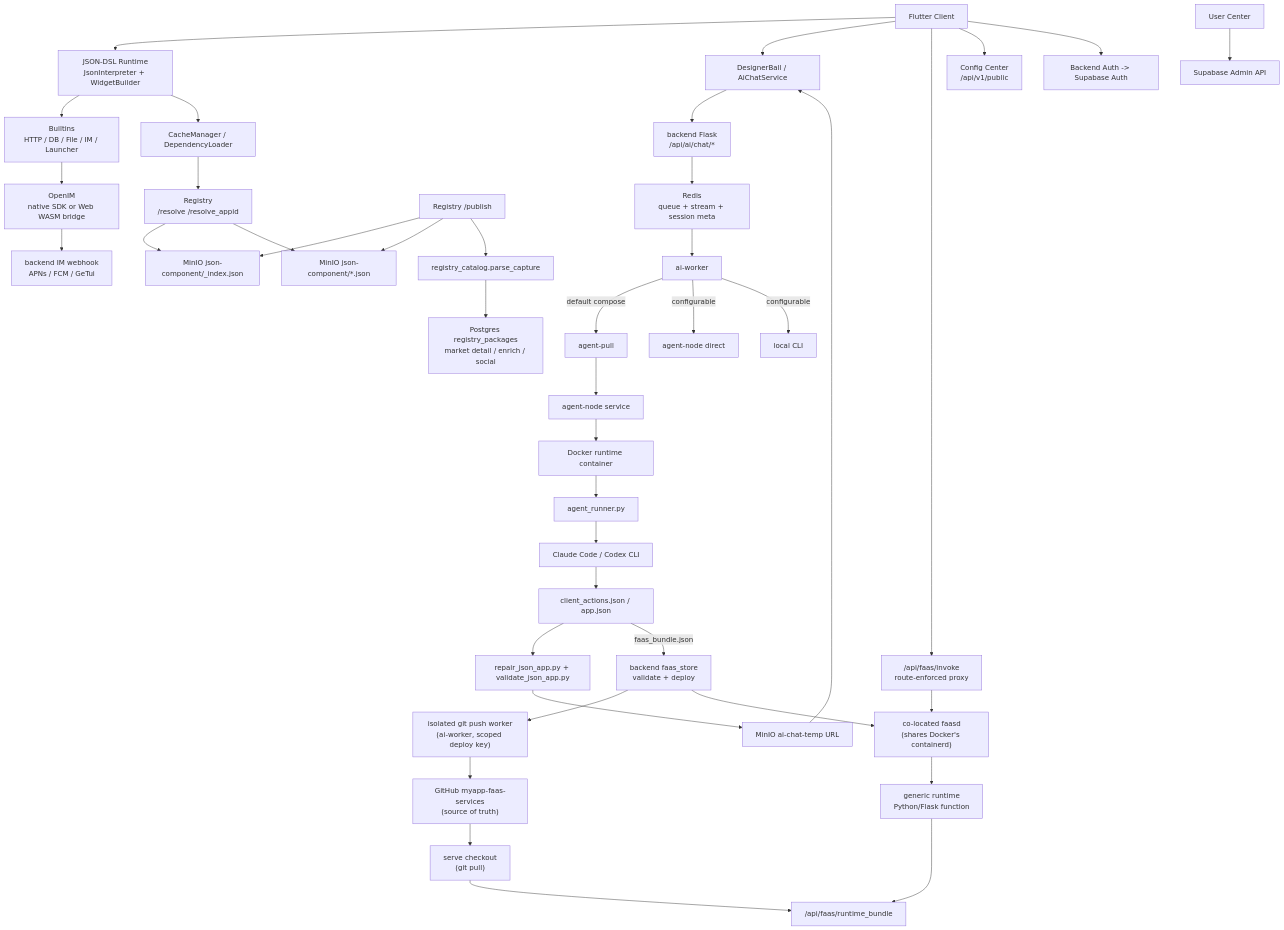
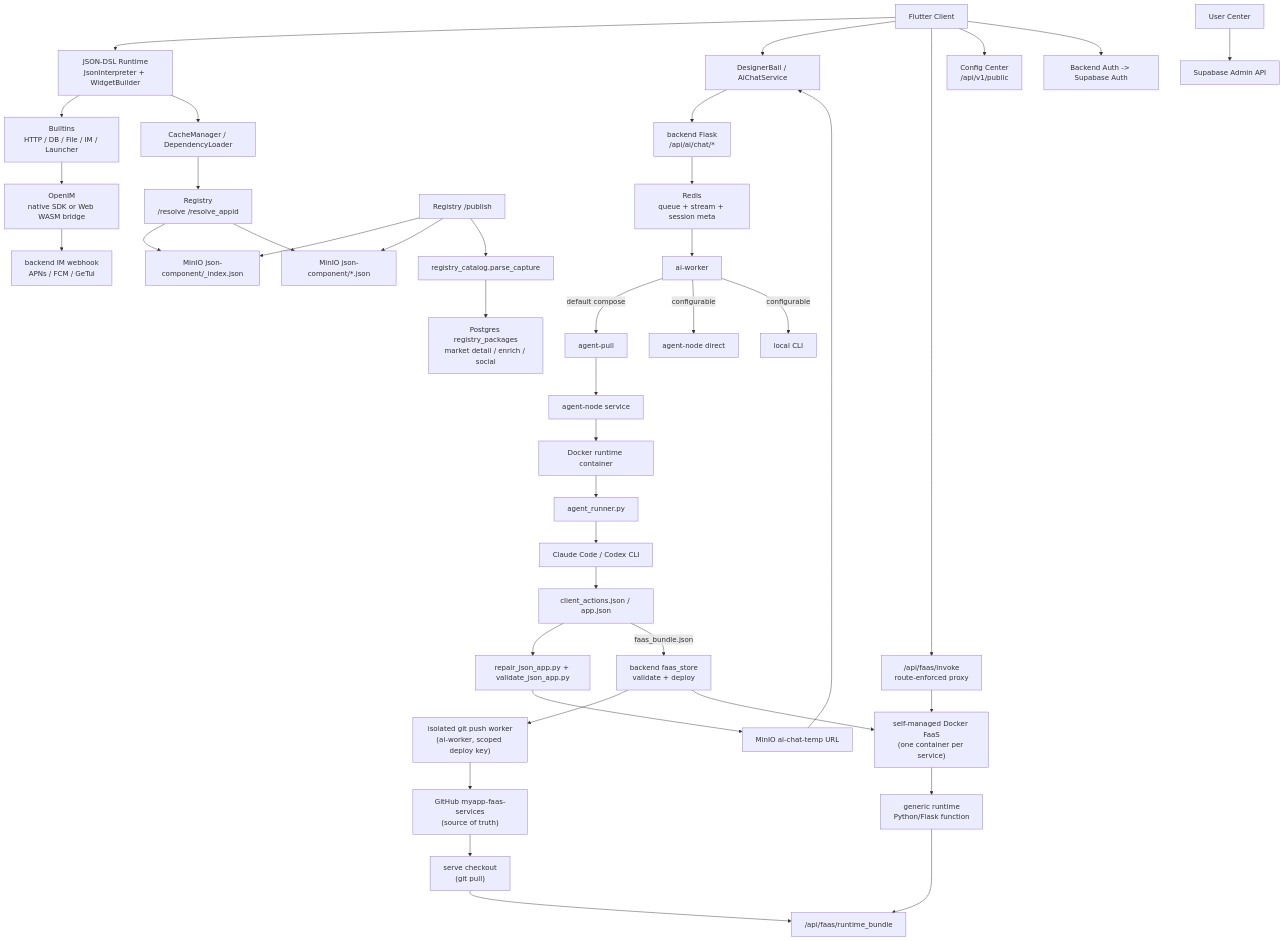
One commit to dapangyu-fish/ai-app changed the diagram in README.md. Above: the diagram before and after it, drawn with Mermaid. The commit also changed other lines of this file and 43 other files, not shown here.

````diff
--- a/README.md
+++ b/README.md
@@ -188,50 +186,50 @@
 ```mermaid
 flowchart TB
   Client["Flutter Client"] --> Runtime["JSON-DSL Runtime<br/>JsonInterpreter + WidgetBuilder"]
   Runtime --> Builtins["Builtins<br/>HTTP / DB / File / IM / Launcher"]
   Runtime --> Cache["CacheManager / DependencyLoader"]
   Cache --> RegistryResolve["Registry<br/>/resolve /resolve_appid"]
   RegistryResolve --> Index["MinIO json-component/_index.json"]
   RegistryResolve --> Objects["MinIO json-component/*.json"]
 
   Client --> AIChat["DesignerBall / AiChatService"]
   AIChat --> Backend["backend Flask<br/>/api/ai/chat/*"]
   Backend --> Redis["Redis<br/>queue + stream + session meta"]
   Redis --> Worker["ai-worker"]
 
   Worker -->|default compose| AgentPull["agent-pull"]
   Worker -->|configurable| AgentNodeDirect["agent-node direct"]
   Worker -->|configurable| LocalCLI["local CLI"]
 
   AgentPull --> AgentNode["agent-node service"]
   AgentNode --> Docker["Docker runtime container"]
   Docker --> Runner["agent_runner.py"]
   Runner --> CLI["Claude Code / Codex CLI"]
   CLI --> Actions["client_actions.json / app.json"]
   Actions --> Validate["repair_json_app.py + validate_json_app.py"]
   Validate --> TempMinIO["MinIO ai-chat-temp URL"]
   TempMinIO --> AIChat
 
   RegistryPublish["Registry /publish"] --> Index
   RegistryPublish --> Objects
   RegistryPublish --> Catalog["registry_catalog.parse_capture"]
   Catalog --> PG["Postgres registry_packages<br/>market detail / enrich / social"]
 
   Builtins --> IM["OpenIM<br/>native SDK or Web WASM bridge"]
   IM --> Push["backend IM webhook<br/>APNs / FCM / GeTui"]
 
   Actions -->|faas_bundle.json| FaaSDeploy["backend faas_store<br/>validate + deploy"]
   FaaSDeploy --> PushWorker["isolated git push worker<br/>(ai-worker, scoped deploy key)"]
   PushWorker --> FaaSRepo["GitHub myapp-faas-services<br/>(source of truth)"]
   FaaSRepo --> ServeCheckout["serve checkout<br/>(git pull)"]
-  FaaSDeploy --> Faasd["co-located faasd<br/>(shares Docker's containerd)"]
-  Faasd --> FaaSFn["generic runtime<br/>Python/Flask function"]
+  FaaSDeploy --> DockerFaaS["self-managed Docker FaaS<br/>(one container per service)"]
+  DockerFaaS --> FaaSFn["generic runtime<br/>Python/Flask function"]
   ServeCheckout --> FaaSBundle["/api/faas/runtime_bundle"]
   FaaSFn --> FaaSBundle
   Client --> FaaSInvoke["/api/faas/invoke<br/>route-enforced proxy"]
-  FaaSInvoke --> Faasd
+  FaaSInvoke --> DockerFaaS
 
   Client --> Config["Config Center<br/>/api/v1/public"]
   Client --> Auth["Backend Auth -> Supabase Auth"]
   UserCenter["User Center"] --> Supabase["Supabase Admin API"]
 ```
````
